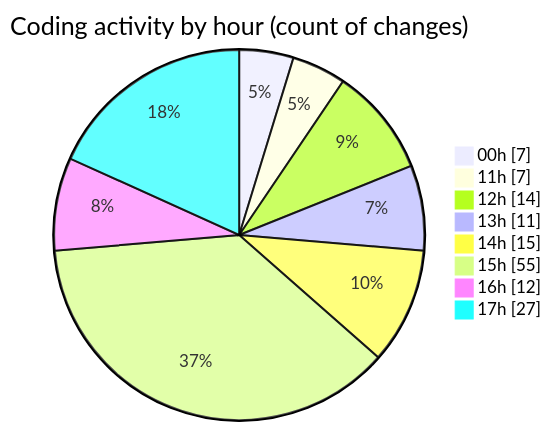
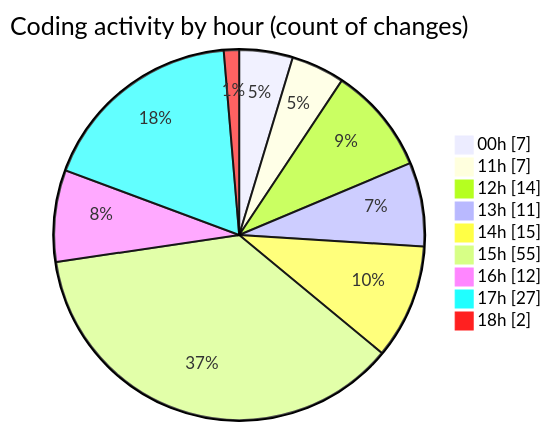
The second of 2 diagrams in 2025-10-08/eventscop-frontend-guide__workspace_/README.md (julien-gomy/code-tracking), drawn with Mermaid before and after one commit. The commit also changed other lines of this file and 1 other file, not shown here.

````diff
--- a/2025-10-08/eventscop-frontend-guide__workspace_/README.md
+++ b/2025-10-08/eventscop-frontend-guide__workspace_/README.md
@@ -55,12 +56,13 @@
 ```mermaid
 pie showData
 title Coding activity by hour (count of changes)
 "00h" : 7
 "11h" : 7
 "12h" : 14
 "13h" : 11
 "14h" : 15
 "15h" : 55
 "16h" : 12
 "17h" : 27
+"18h" : 2
 ```
````
